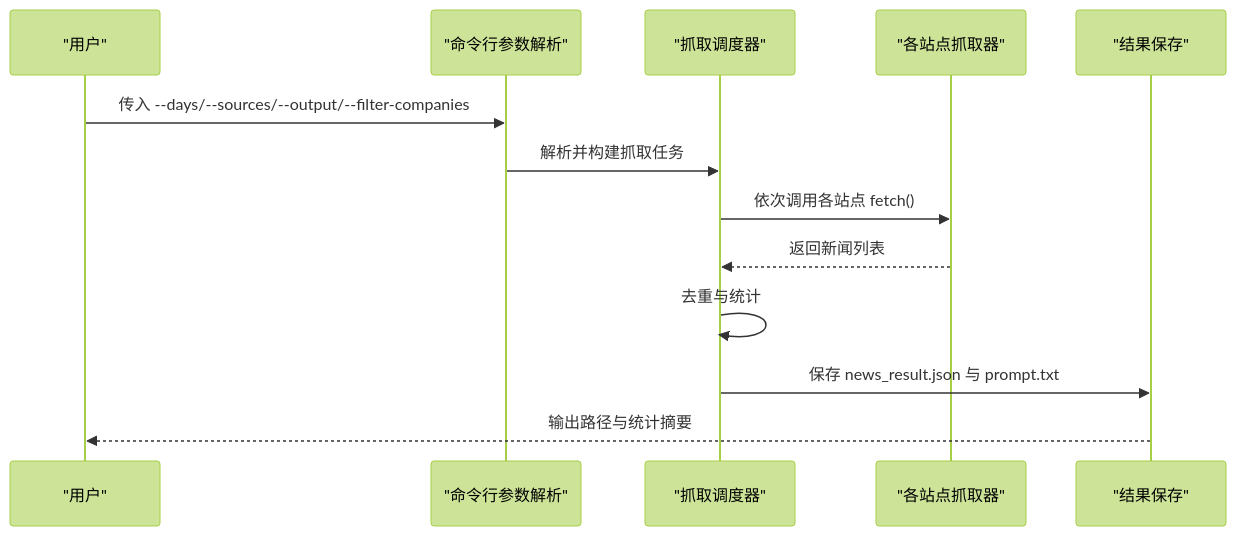
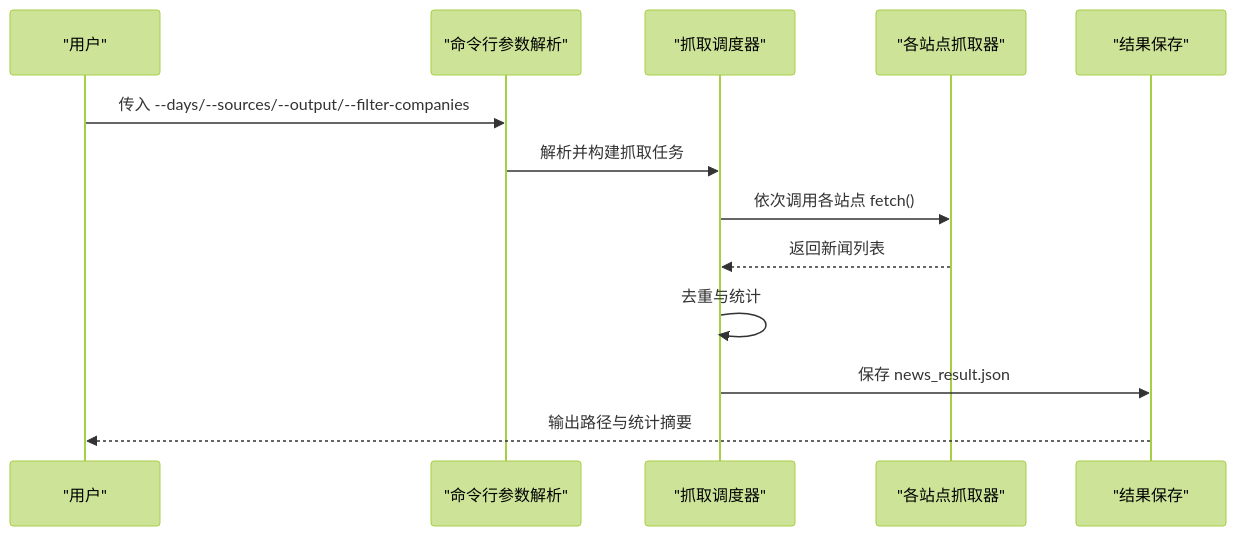
Before and after one commit to jy2360136/redbook: the third of 5 diagrams in .qoder/repowiki/zh/content/配置与部署.md, drawn with Mermaid (forest theme). The commit also changed other lines of this file and 33 other files, not shown here.

````diff
--- a/.qoder/repowiki/zh/content/配置与部署.md
+++ b/.qoder/repowiki/zh/content/配置与部署.md
@@ -140,15 +151,15 @@
 ```mermaid
 sequenceDiagram
 participant U as "用户"
 participant CLI as "命令行参数解析"
 participant WF as "抓取调度器"
 participant SRC as "各站点抓取器"
 participant OUT as "结果保存"
 U->>CLI : 传入 --days/--sources/--output/--filter-companies
 CLI->>WF : 解析并构建抓取任务
 WF->>SRC : 依次调用各站点 fetch()
 SRC-->>WF : 返回新闻列表
 WF->>WF : 去重与统计
-WF->>OUT : 保存 news_result.json 与 prompt.txt
+WF->>OUT : 保存 news_result.json
 OUT-->>U : 输出路径与统计摘要
 ```
````
